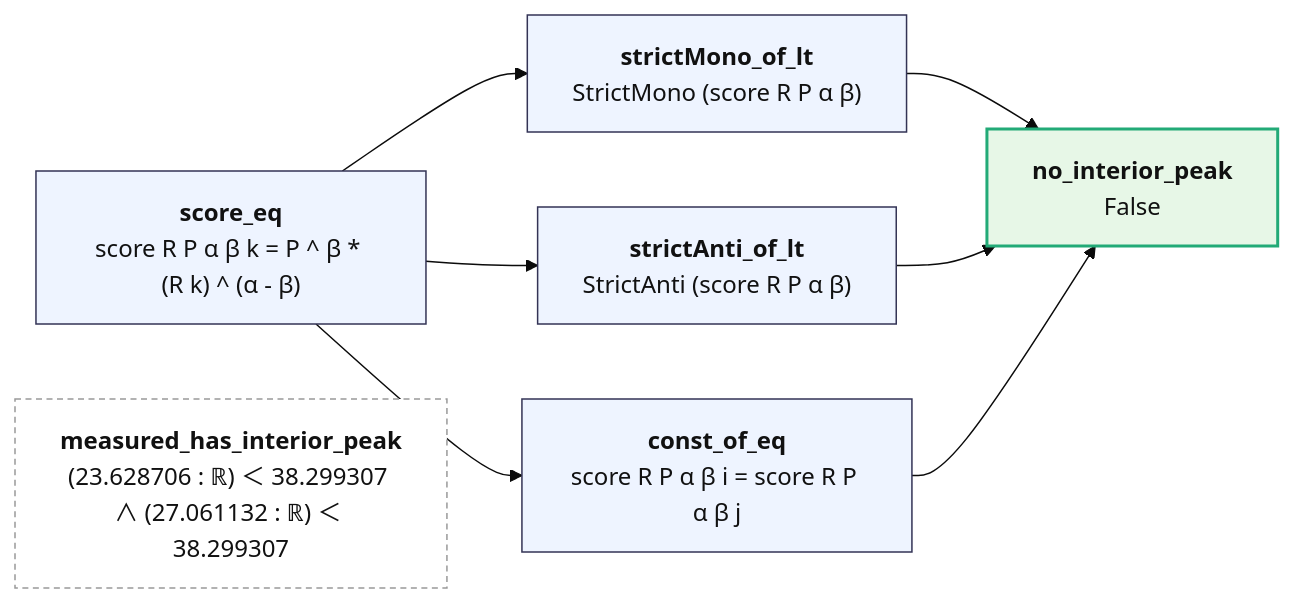
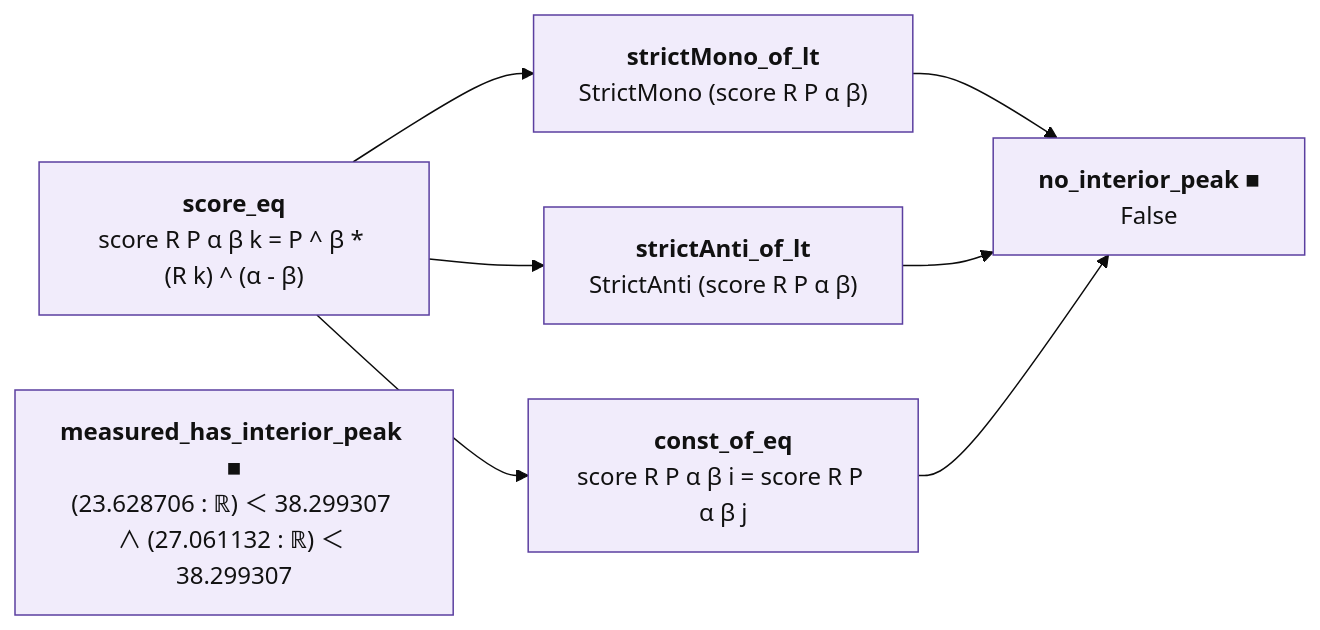
The diagram in map/lean/GeneratorPeak.md (juliansambranojr/Primebeat_081426), drawn with Mermaid (base theme) before and after one commit. The commit also changed other lines of this file and 398 other files, not shown here.

````diff
--- a/map/lean/GeneratorPeak.md
+++ b/map/lean/GeneratorPeak.md
@@ -12,20 +12,23 @@
 ```mermaid
 flowchart LR
-  n0["<b>score_eq</b><br/>score R P α β k = P ^ β * (R k) ^ (α - β)"]:::thm
-  n1["<b>strictMono_of_lt</b><br/>StrictMono (score R P α β)"]:::thm
-  n2["<b>strictAnti_of_lt</b><br/>StrictAnti (score R P α β)"]:::thm
-  n3["<b>const_of_eq</b><br/>score R P α β i = score R P α β j"]:::thm
-  n4["<b>no_interior_peak</b><br/>False"]:::end_
-  n5["<b>measured_has_interior_peak</b><br/>(23.628706 : ℝ) ＜ 38.299307 ∧ (27.061132 : ℝ) ＜ 38.299307"]:::lone
+  n0["<b>score_eq</b><br/>score R P α β k = P ^ β * (R k) ^ (α - β)"]:::shp
+  n1["<b>strictMono_of_lt</b><br/>StrictMono (score R P α β)"]:::shp
+  n2["<b>strictAnti_of_lt</b><br/>StrictAnti (score R P α β)"]:::shp
+  n3["<b>const_of_eq</b><br/>score R P α β i = score R P α β j"]:::shp
+  n4["<b>no_interior_peak ■</b><br/>False"]:::shp
+  n5["<b>measured_has_interior_peak ■</b><br/>(23.628706 : ℝ) ＜ 38.299307 ∧ (27.061132 : ℝ) ＜ 38.299307"]:::shp
   n0 --> n1
   n0 --> n2
   n0 --> n3
   n1 --> n4
   n2 --> n4
   n3 --> n4
+  classDef cnt fill:#dff5ec,stroke:#17694a,color:#111
+  classDef shp fill:#f1ecfb,stroke:#5b3fa0,color:#111
+  classDef rh fill:#ffe5e5,stroke:#c22,color:#111,stroke-width:2px
   classDef thm fill:#eef4ff,stroke:#335,color:#111
   classDef end_ fill:#e7f7e7,stroke:#2a7,color:#111,stroke-width:2px
   classDef lone fill:#fff,stroke:#999,color:#111,stroke-dasharray:4 3
   classDef bad fill:#ffe5e5,stroke:#c22,color:#111,stroke-width:2px
   classDef ext fill:#fff8e1,stroke:#b80,color:#111
 ```
````
